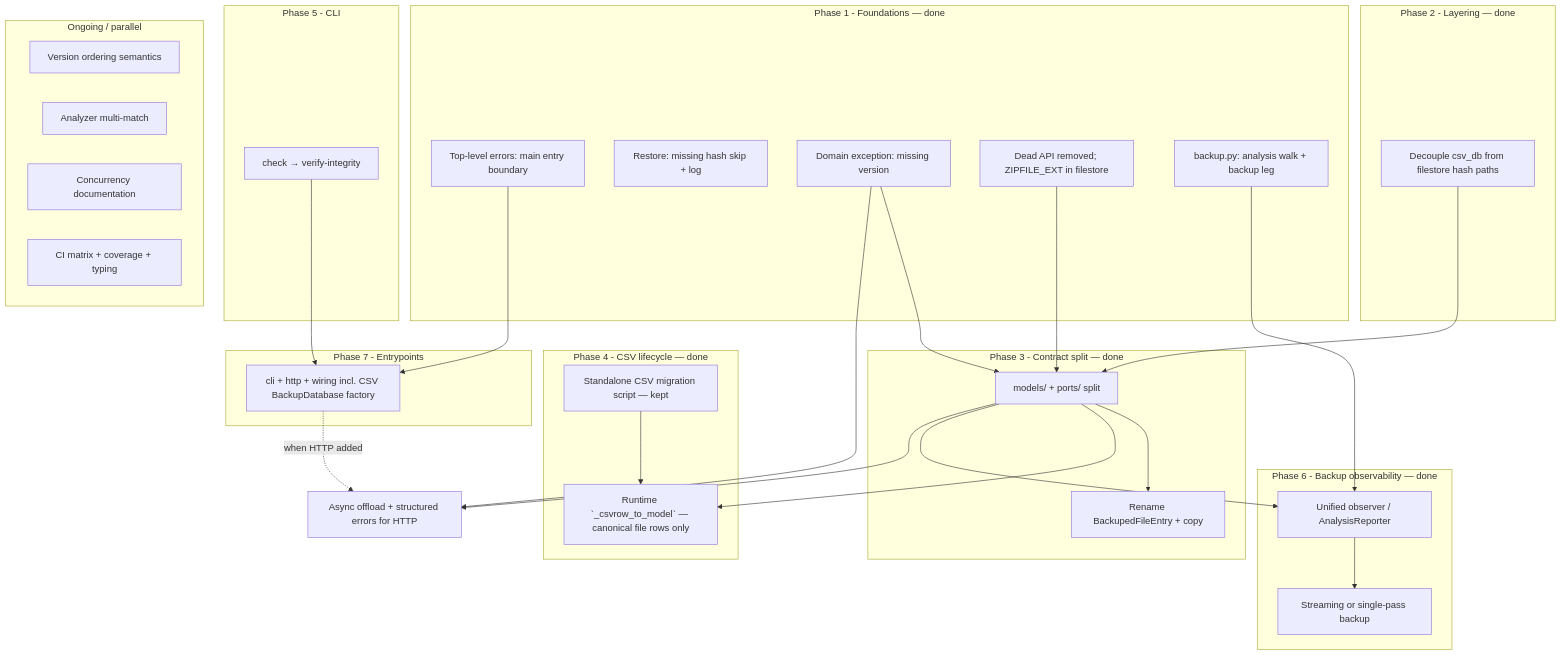
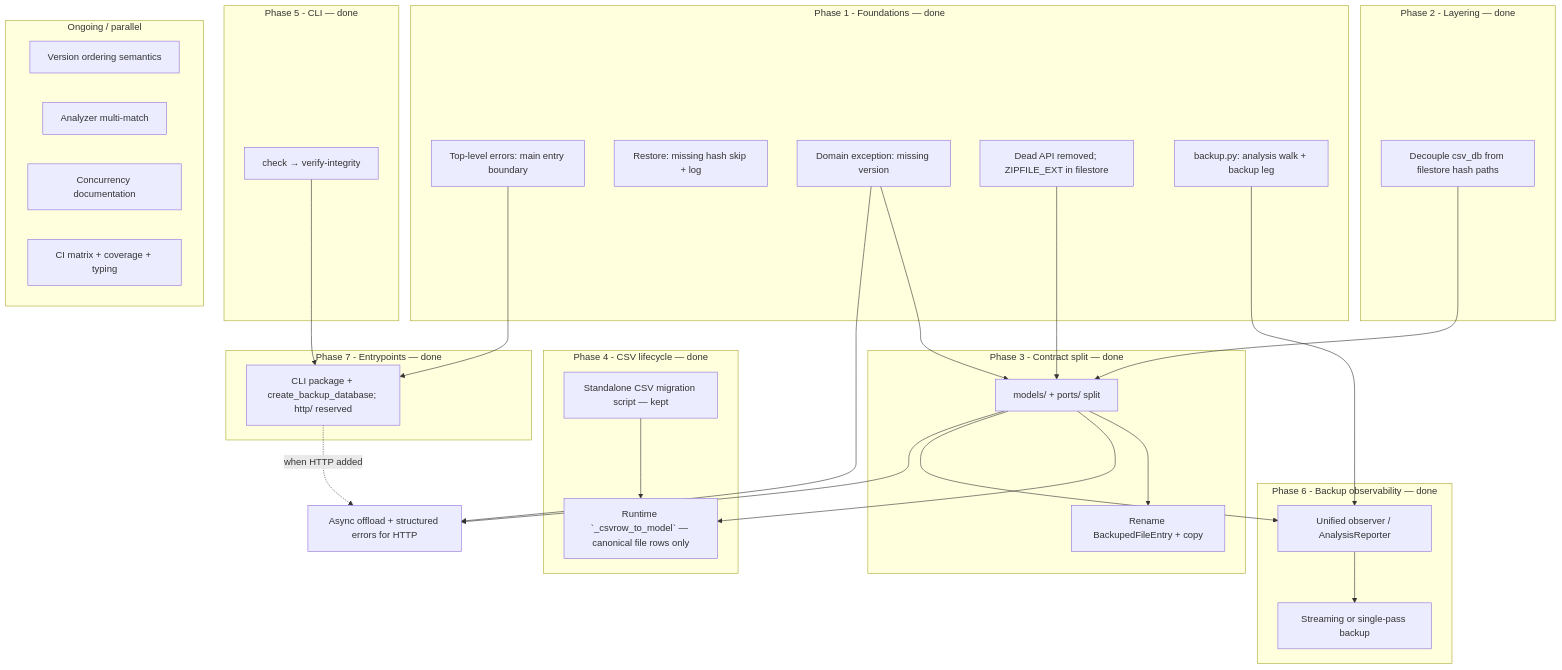
The diagram in docs/tech-debt-roadmap.md (piazentin/backuper), drawn with Mermaid before and after one commit. The commit also changed other lines of this file, not shown here.

First line of the commit message:
docs: mark Phase 5/7 complete in tech-debt roadmap

````diff
--- a/docs/tech-debt-roadmap.md
+++ b/docs/tech-debt-roadmap.md
@@ -44,59 +44,59 @@
 ```mermaid
 flowchart TB
   subgraph early [Phase 1 - Foundations — done]
     A1[Top-level errors: main entry boundary]
     A2[Restore: missing hash skip + log]
     B1[Domain exception: missing version]
     C1[Dead API removed; ZIPFILE_EXT in filestore]
     C2[backup.py: analysis walk + backup leg]
   end
 
   subgraph layering [Phase 2 - Layering — done]
     D1[Decouple csv_db from filestore hash paths]
   end
 
   subgraph contract [Phase 3 - Contract split — done]
     E1[models/ + ports/ split]
     E2[Rename BackupedFileEntry + copy]
   end
 
   subgraph csv [Phase 4 - CSV lifecycle — done]
     F1[Standalone CSV migration script — kept]
     F2[Runtime `_csvrow_to_model` — canonical file rows only]
   end
 
-  subgraph cli [Phase 5 - CLI]
+  subgraph cli [Phase 5 - CLI — done]
     G1[check → verify-integrity]
   end
 
   subgraph pipeline [Phase 6 - Backup observability — done]
     H1[Unified observer / AnalysisReporter]
     H2[Streaming or single-pass backup]
   end
 
-  subgraph entry [Phase 7 - Entrypoints]
-    J1[cli + http + wiring incl. CSV BackupDatabase factory]
+  subgraph entry [Phase 7 - Entrypoints — done]
+    J1[CLI package + create_backup_database; http/ reserved]
   end
 
   subgraph polish [Ongoing / parallel]
     I1[Version ordering semantics]
     I2[Analyzer multi-match]
     I3[Concurrency documentation]
     K1[CI matrix + coverage + typing]
   end
 
   C1 --> E1
   B1 --> E1
   D1 --> E1
   A1 --> J1
   E1 --> E2
   E1 --> F2
   F1 --> F2
   G1 --> J1
   H1 --> H2
   C2 --> H1
   E1 --> H1
   J1 -.->|when HTTP added| J2[Async offload + structured errors for HTTP]
   E1 --> J2
   B1 --> J2
 ```
````
